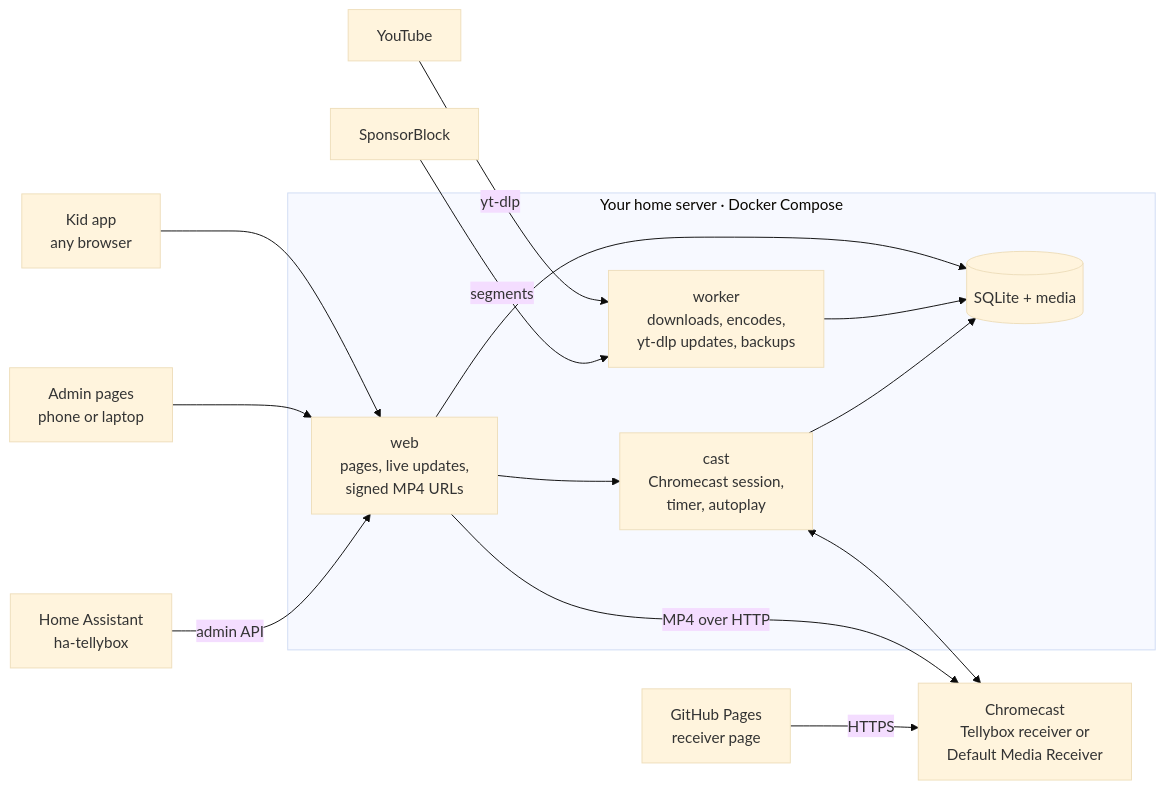
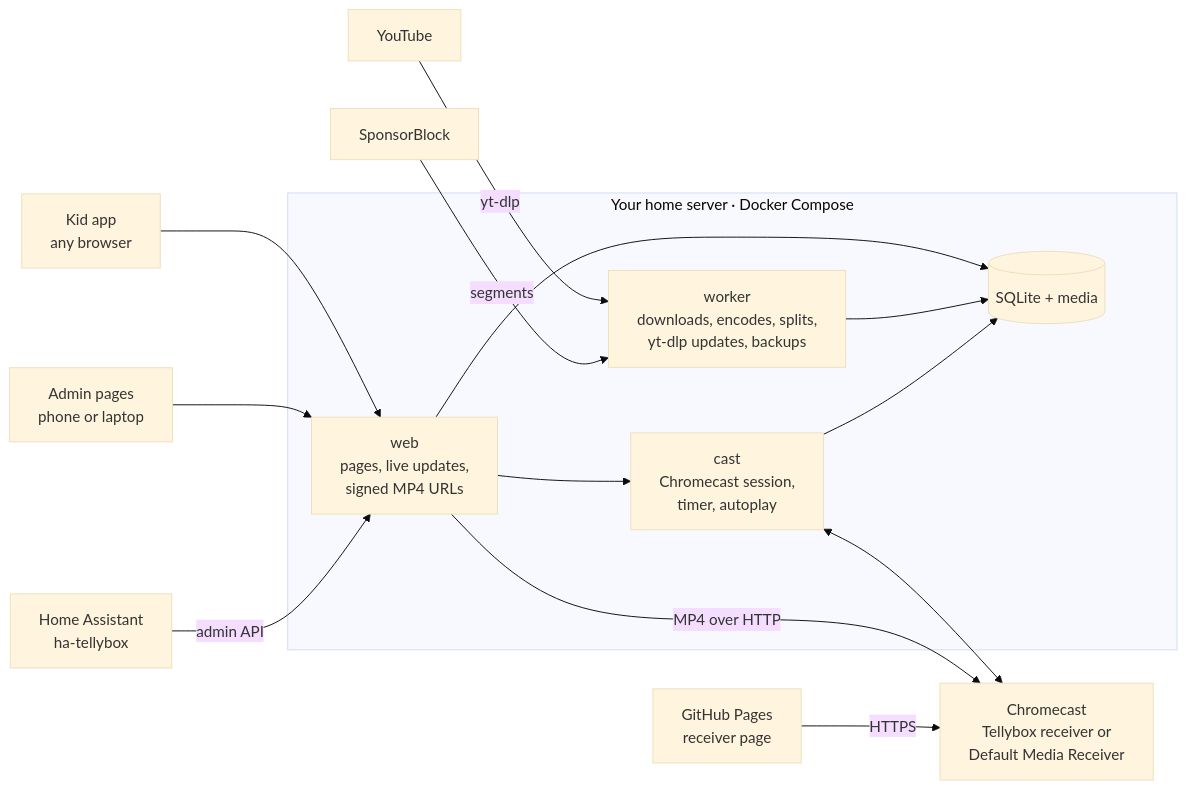
One commit to MattHodge/Tellybox changed the diagram in README.md. Above: the diagram before and after it, drawn with Mermaid (base theme). The commit also changed other lines of this file and 2 other files, not shown here.

````diff
--- a/README.md
+++ b/README.md
@@ -135,21 +152,21 @@
 ```mermaid
 flowchart LR
   kid[Kid app<br/>any browser] --> web
   admin[Admin pages<br/>phone or laptop] --> web
   ha[Home Assistant<br/>ha-tellybox] -- admin API --> web
   yt[YouTube] -- yt-dlp --> worker
   sb[SponsorBlock] -- segments --> worker
   subgraph server[Your home server · Docker Compose]
     web[web<br/>pages, live updates,<br/>signed MP4 URLs]
-    worker[worker<br/>downloads, encodes,<br/>yt-dlp updates, backups]
+    worker[worker<br/>downloads, encodes, splits,<br/>yt-dlp updates, backups]
     cast[cast<br/>Chromecast session,<br/>timer, autoplay]
     store[(SQLite + media)]
     web --> cast
     web --> store
     worker --> store
     cast --> store
   end
   cast <--> tv[Chromecast<br/>Tellybox receiver or<br/>Default Media Receiver]
   web -- MP4 over HTTP --> tv
   pages[GitHub Pages<br/>receiver page] -- HTTPS --> tv
 ```
````
